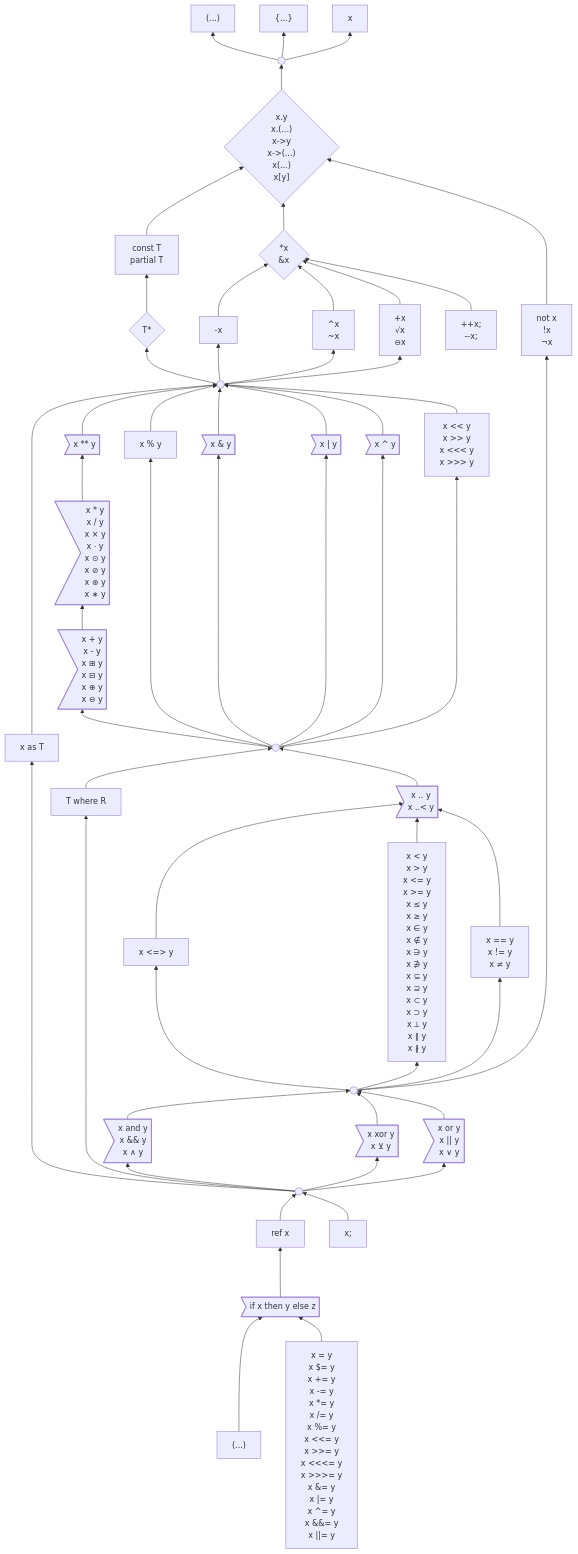
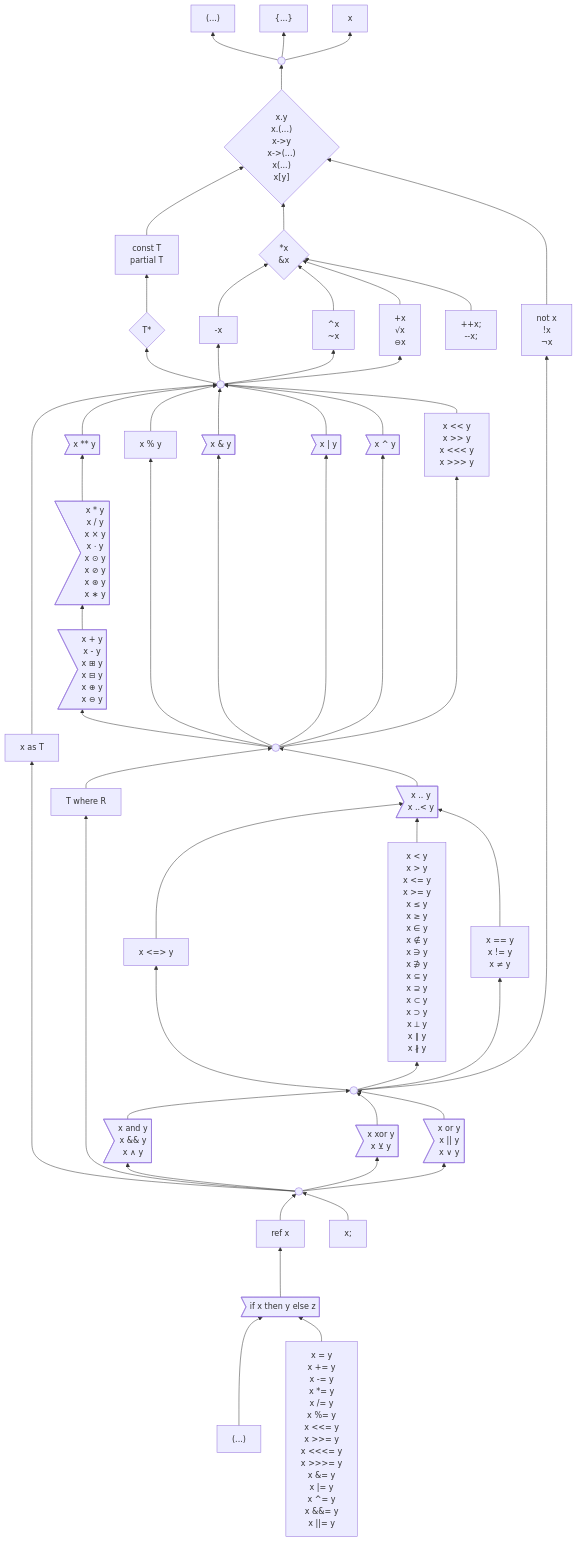
The diagram in 6 .../2 Unfinished Ideas.md (laro/Cilia), drawn with Mermaid before and after one commit.

Commit message:
Update 2 Unfinished Ideas.md

```diff
--- a/6 .../2 Unfinished Ideas.md
+++ b/6 .../2 Unfinished Ideas.md
@@ -297,7 +297,6 @@
     insideParens["(...)"]
 
     assignment["x = y
-                x $= y
                 x += y
                 x -= y
                 x *= y
```
